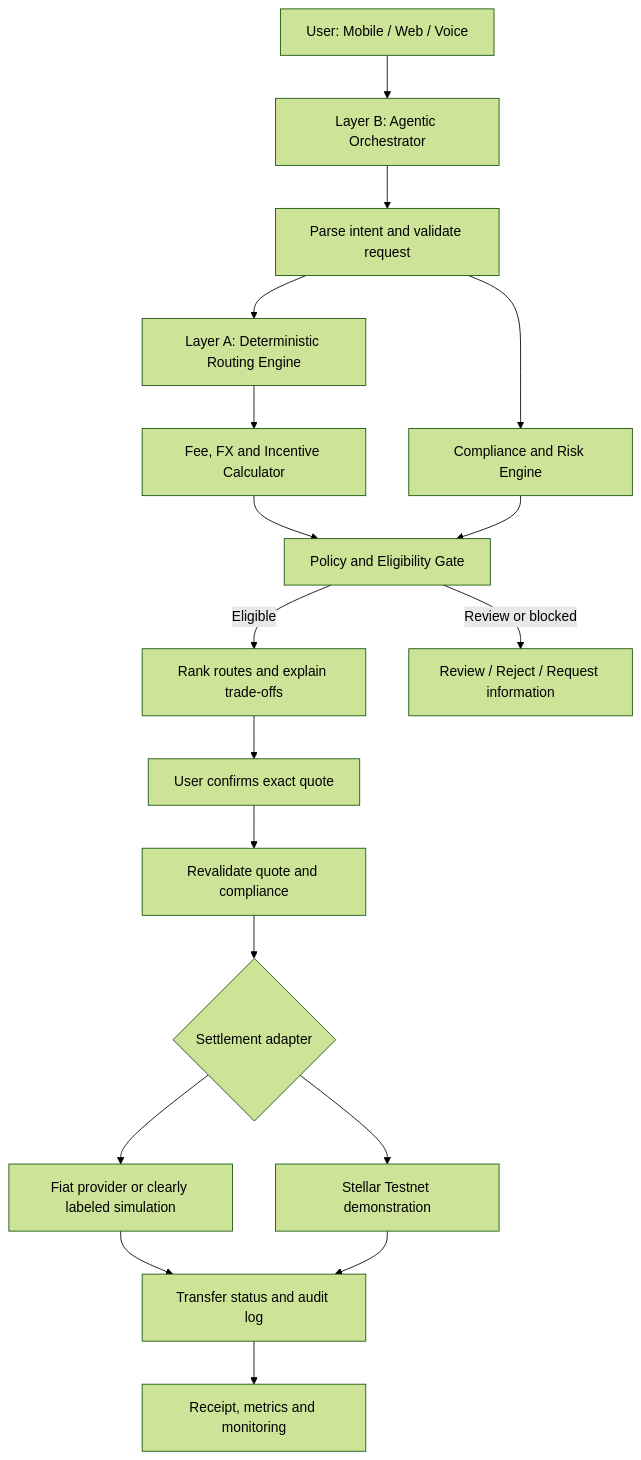
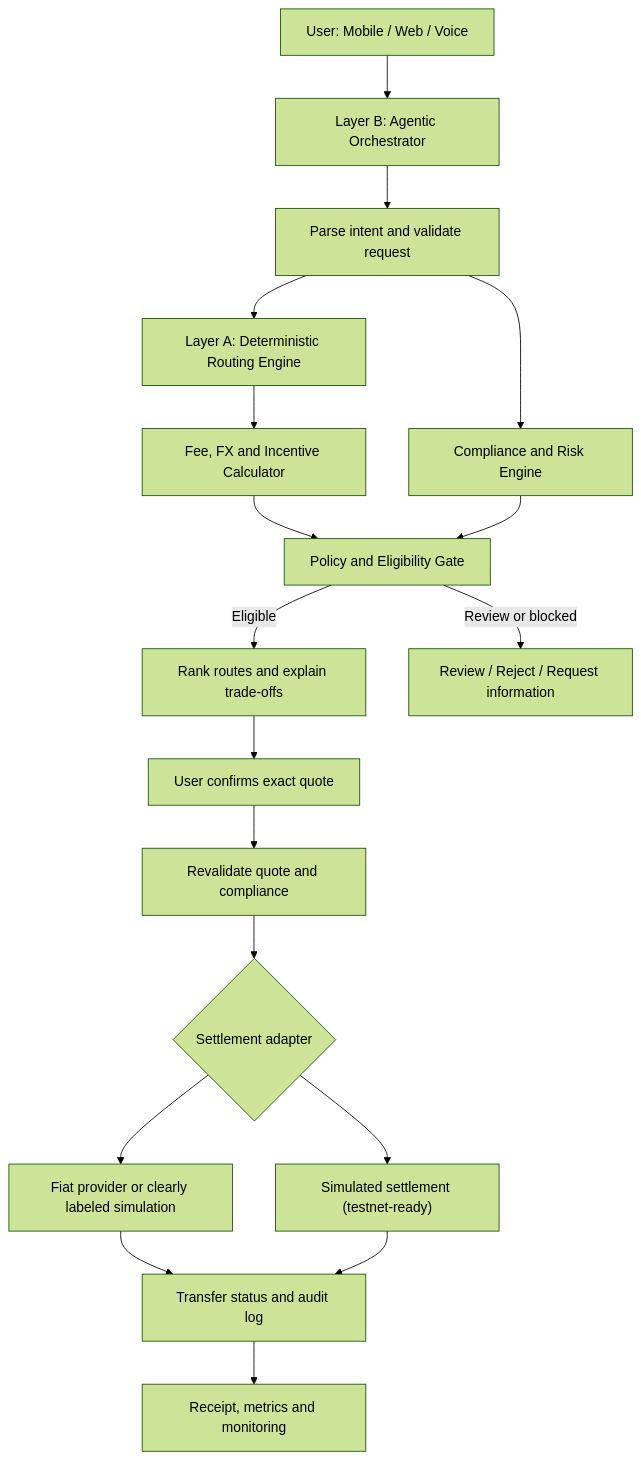
Before and after one commit to taskifbin/borderless-money: the diagram in README.md, drawn with Mermaid (forest theme). The commit also changed other lines of this file and 4 other files, not shown here.

````diff
--- a/README.md
+++ b/README.md
@@ -113,20 +113,20 @@
 ```mermaid
 flowchart TB
     U["User: Mobile / Web / Voice"] --> B["Layer B: Agentic Orchestrator"]
     B --> P["Parse intent and validate request"]
     P --> R["Layer A: Deterministic Routing Engine"]
     P --> C["Compliance and Risk Engine"]
     R --> D["Fee, FX and Incentive Calculator"]
     D --> G["Policy and Eligibility Gate"]
     C --> G
     G -->|Eligible| E["Rank routes and explain trade-offs"]
     G -->|Review or blocked| H["Review / Reject / Request information"]
     E --> A["User confirms exact quote"]
     A --> V["Revalidate quote and compliance"]
     V --> X{"Settlement adapter"}
     X --> F["Fiat provider or clearly labeled simulation"]
-    X --> S["Stellar Testnet demonstration"]
+    X --> S["Simulated settlement (testnet-ready)"]
     F --> L["Transfer status and audit log"]
     S --> L
     L --> O["Receipt, metrics and monitoring"]
 ```
````
